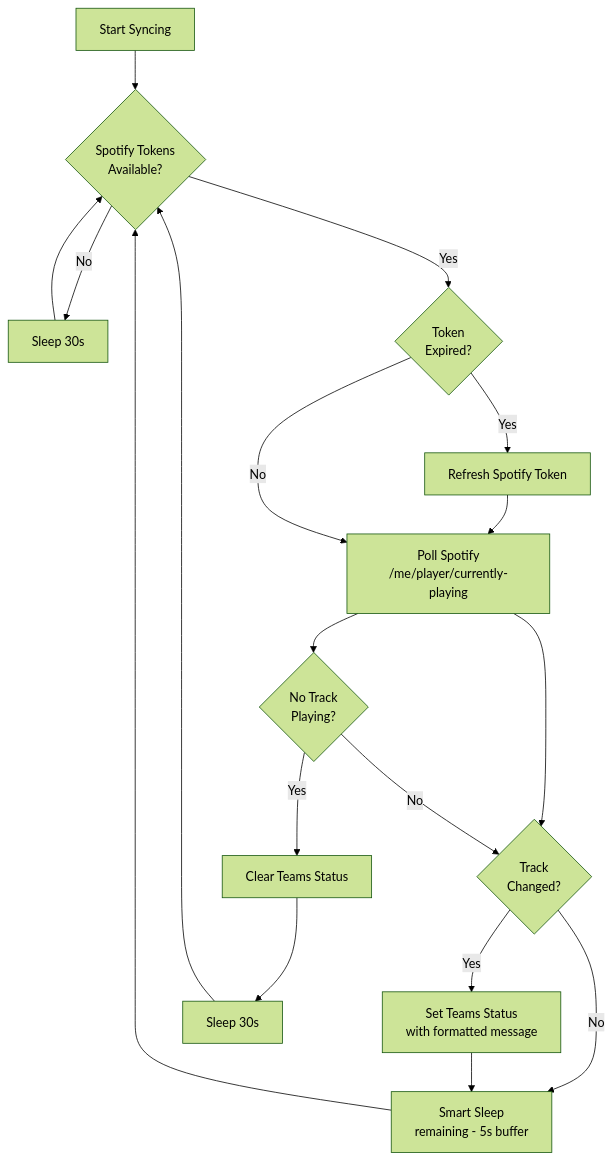
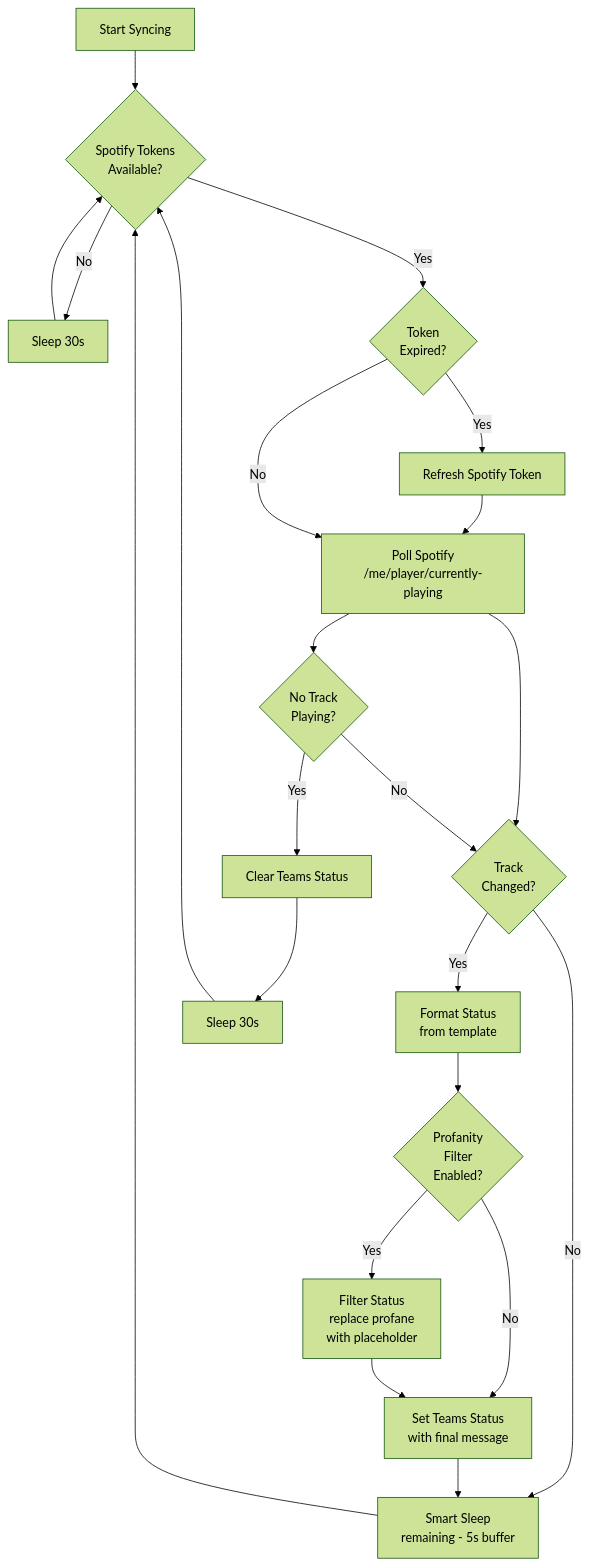
Before and after one commit to Carme99/PresenceJam-Desktop: the seventh of 8 diagrams in ARCHITECTURE.md, drawn with Mermaid (forest theme). The commit also changed other lines of this file and 6 other files, not shown here.

````diff
--- a/ARCHITECTURE.md
+++ b/ARCHITECTURE.md
@@ -209,17 +209,21 @@
 ```mermaid
 flowchart TD
     START[Start Syncing] --> TOKEN_CHECK{Spotify Tokens<br/>Available?}
     TOKEN_CHECK -->|No| WAIT_30[Sleep 30s] --> TOKEN_CHECK
     TOKEN_CHECK -->|Yes| EXPIRED{Token<br/>Expired?}
     EXPIRED -->|Yes| REFRESH[Refresh Spotify Token] --> TRACK_POLL
     EXPIRED -->|No| TRACK_POLL[Poll Spotify<br/>/me/player/currently-playing]
     TRACK_POLL --> TRACK_CHANGED{Track<br/>Changed?}
     TRACK_CHANGED -->|No| SLEEP_SMART[Smart Sleep<br/>remaining - 5s buffer]
-    TRACK_CHANGED -->|Yes| UPDATE_TEAMS[Set Teams Status<br/>with formatted message]
+    TRACK_CHANGED -->|Yes| FORMAT_STATUS[Format Status<br/>from template]
+    FORMAT_STATUS --> PROFANITY_CHECK{Profanity<br/>Filter<br/>Enabled?}
+    PROFANITY_CHECK -->|Yes| FILTER_PROFANITY[Filter Status<br/>replace profane<br/>with placeholder]
+    PROFANITY_CHECK -->|No| UPDATE_TEAMS
+    FILTER_PROFANITY --> UPDATE_TEAMS[Set Teams Status<br/>with final message]
     UPDATE_TEAMS --> SLEEP_SMART
     SLEEP_SMART --> TOKEN_CHECK
     TRACK_POLL --> NO_TRACK{No Track<br/>Playing?}
     NO_TRACK -->|Yes| CLEAR_STATUS[Clear Teams Status]
     NO_TRACK -->|No| TRACK_CHANGED
     CLEAR_STATUS --> SLEEP_30[Sleep 30s] --> TOKEN_CHECK
 ```
````
